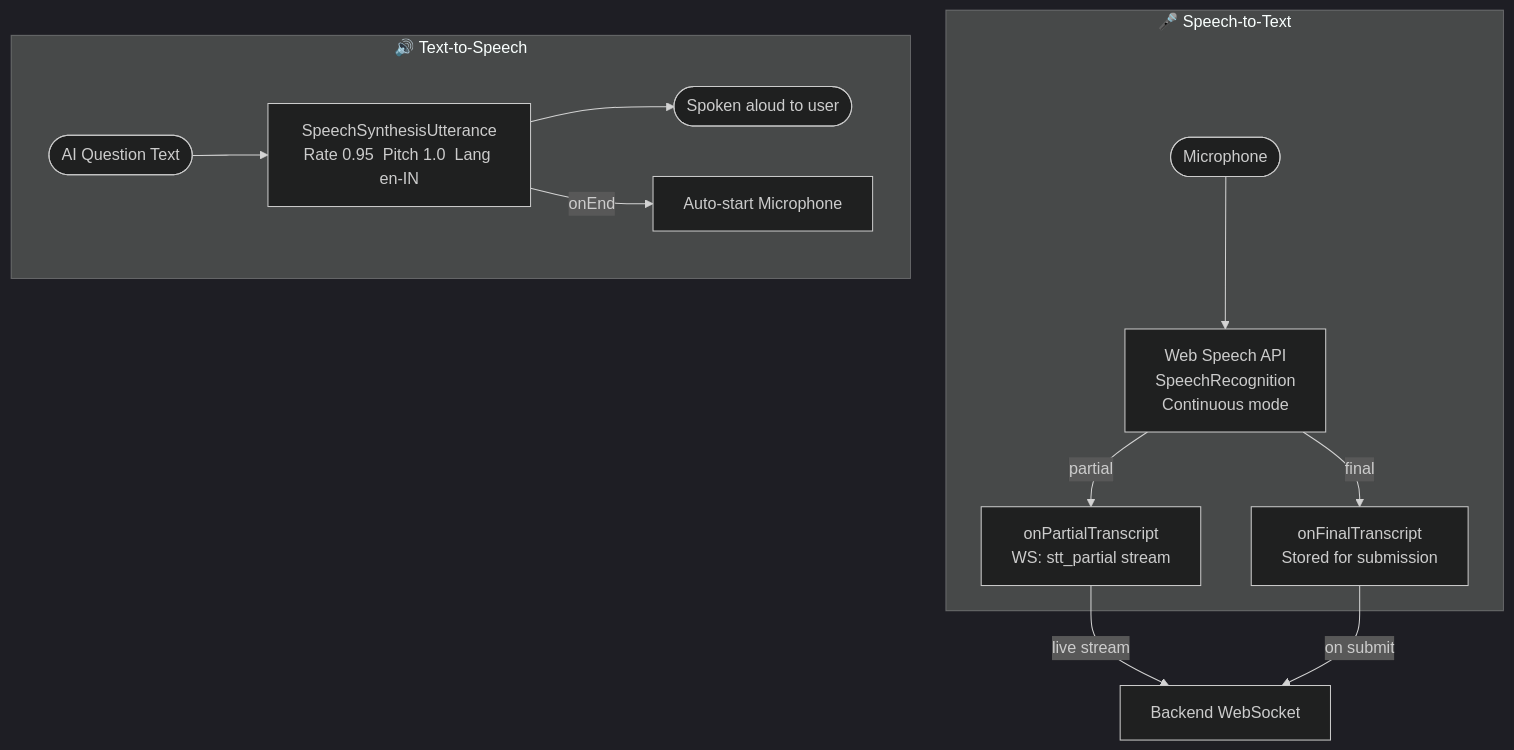
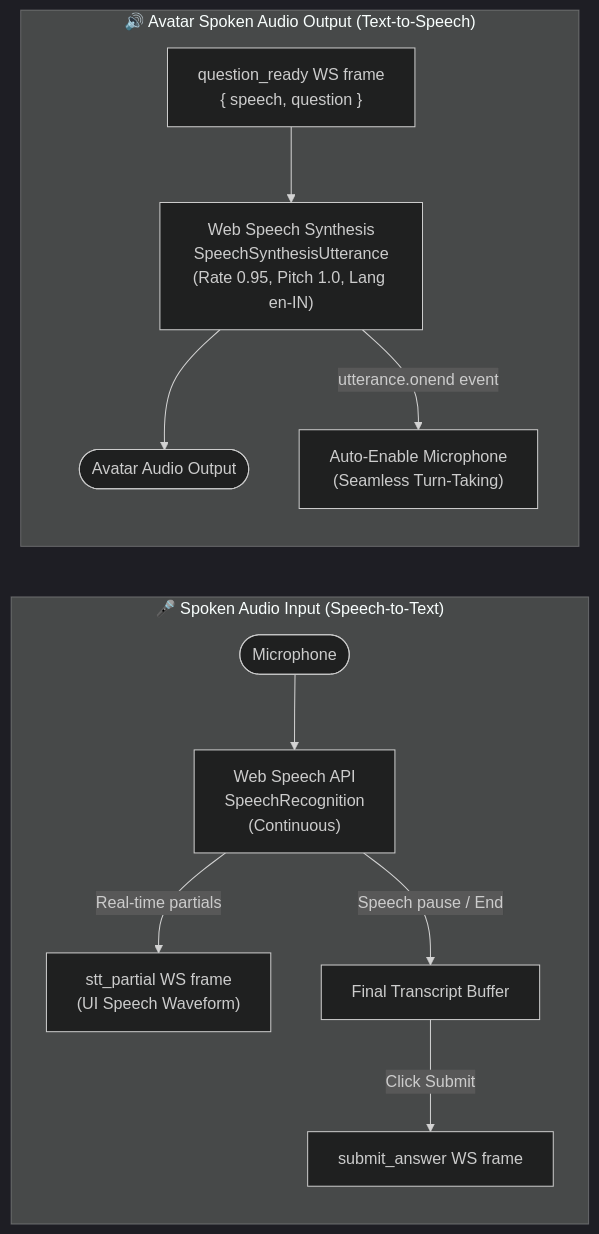
Before and after one commit to Anu7276/VIVORA: the fifth of 8 diagrams in README.md, drawn with Mermaid (dark theme). The commit also changed other lines of this file, not shown here.

Commit message:
docs: enrich README with comprehensive Mermaid system diagrams, multi-agent sequence flow, router charts, and ERD

````diff
--- a/README.md
+++ b/README.md
@@ -609,17 +278,15 @@
 ```mermaid
-flowchart TD
-    subgraph STT["🎤 Speech-to-Text"]
-        MIC(["Microphone"]) --> WSR["Web Speech API\nSpeechRecognition\nContinuous mode"]
-        WSR -->|"partial"| PT["onPartialTranscript\nWS: stt_partial stream"]
-        WSR -->|"final"| FT["onFinalTranscript\nStored for submission"]
+flowchart LR
+    subgraph STT_FLOW["🎤 Spoken Audio Input (Speech-to-Text)"]
+        MIC(["Microphone"]) --> REC["Web Speech API<br/>SpeechRecognition<br/>(Continuous)"]
+        REC -->|"Real-time partials"| PARTIAL["stt_partial WS frame<br/>(UI Speech Waveform)"]
+        REC -->|"Speech pause / End"| TRANSCRIPT["Final Transcript Buffer"]
+        TRANSCRIPT -->|"Click Submit"| SUBMIT["submit_answer WS frame"]
     end
 
-    subgraph TTS["🔊 Text-to-Speech"]
-        Q(["AI Question Text"]) --> SSU["SpeechSynthesisUtterance\nRate 0.95  Pitch 1.0  Lang en-IN"]
-        SSU --> AUD(["Spoken aloud to user"])
-        SSU -->|"onEnd"| AUTO["Auto-start Microphone"]
+    subgraph TTS_FLOW["🔊 Avatar Spoken Audio Output (Text-to-Speech)"]
+        SERVER_Q["question_ready WS frame<br/>{ speech, question }"] --> SYNTH["Web Speech Synthesis<br/>SpeechSynthesisUtterance<br/>(Rate 0.95, Pitch 1.0, Lang en-IN)"]
+        SYNTH --> SPEAK(["Avatar Audio Output"])
+        SYNTH -->|"utterance.onend event"| UNMUTE["Auto-Enable Microphone<br/>(Seamless Turn-Taking)"]
     end
-
-    PT -->|"live stream"| BE["Backend WebSocket"]
-    FT -->|"on submit"| BE
 ```
````
